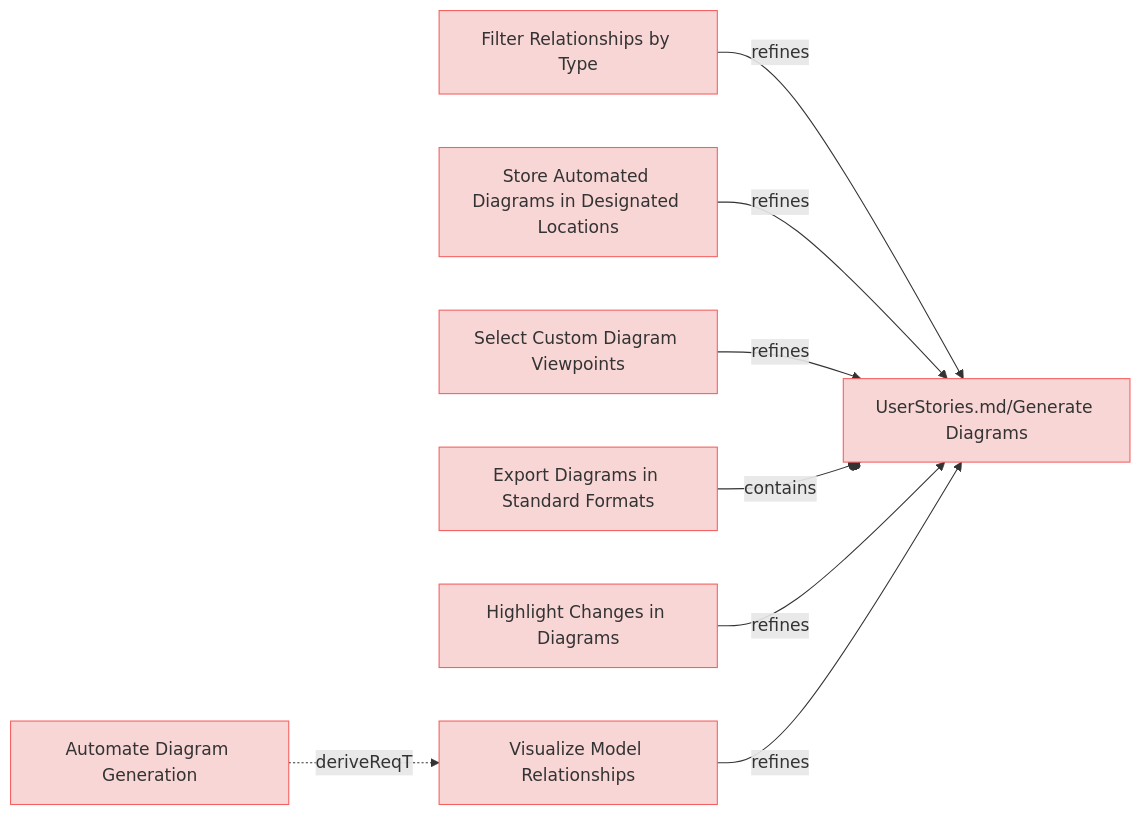
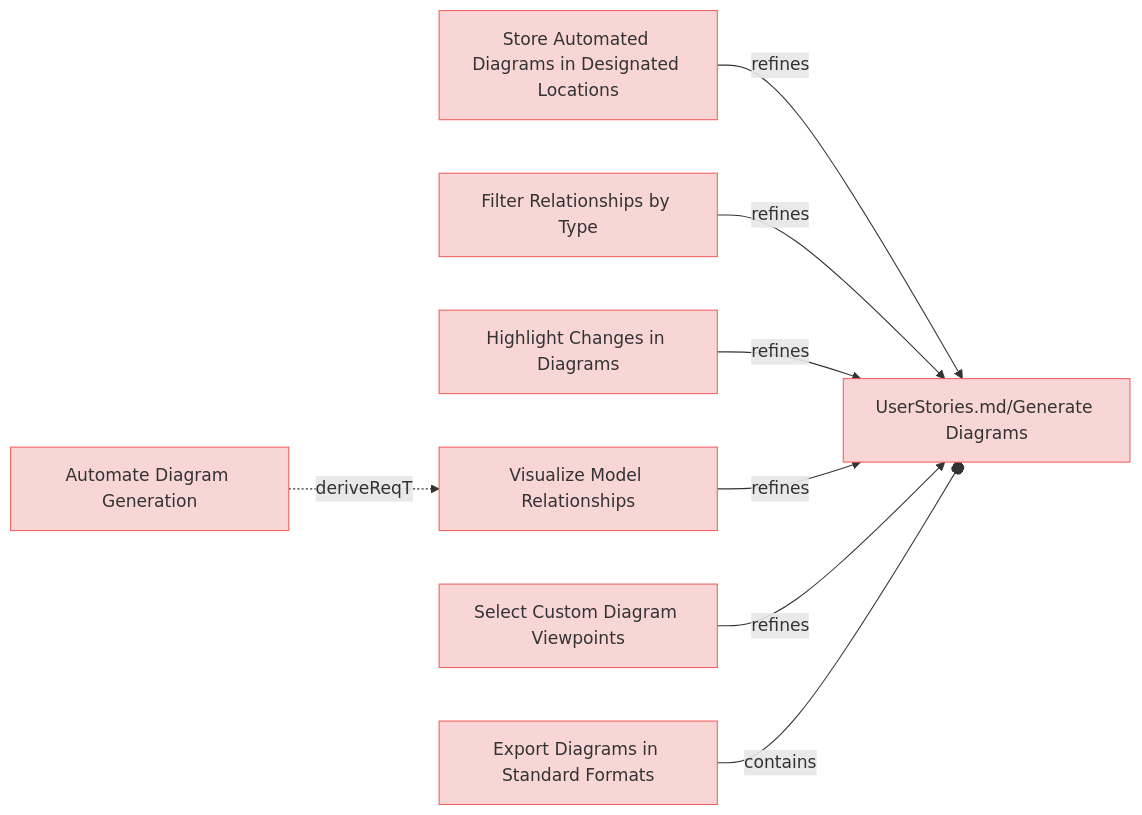
Before and after one commit to reqvire-org/reqvire: the first of 9 diagrams in specifications/UserRequirements.md, drawn with Mermaid. The commit also changed other lines of this file and 160 other files, not shown here.

````diff
--- a/specifications/UserRequirements.md
+++ b/specifications/UserRequirements.md
@@ -4,40 +4,40 @@
 ```mermaid
 graph LR;
   %% Graph styling
   classDef requirement fill:#f9d6d6,stroke:#f55f5f,stroke-width:1px;
   classDef verification fill:#d6f9d6,stroke:#5fd75f,stroke-width:1px;
   classDef externalLink fill:#d0e0ff,stroke:#3080ff,stroke-width:1px;
   classDef default fill:#f5f5f5,stroke:#333333,stroke-width:1px;
 
-  64be2a98bd80a653["Automate Diagram Generation"];
-  click 64be2a98bd80a653 "https://github.com/ilijaljubicic/ReqFlow/blob/73d5ae1d93adea71fdf4cc508be4d1ae09be068f/specifications/UserRequirements.md#automate-diagram-generation";
-  class 64be2a98bd80a653 requirement;
-  37611ee8059e0f03["Visualize Model Relationships"];
-  class 37611ee8059e0f03 requirement;
-  click 37611ee8059e0f03 "https://github.com/ilijaljubicic/ReqFlow/blob/73d5ae1d93adea71fdf4cc508be4d1ae09be068f/specifications/UserRequirements.md#visualize-model-relationships";
-  64be2a98bd80a653 -.->|deriveReqT| 37611ee8059e0f03;
-  aaa09eb94d160979["Filter Relationships by Type"];
-  click aaa09eb94d160979 "https://github.com/ilijaljubicic/ReqFlow/blob/73d5ae1d93adea71fdf4cc508be4d1ae09be068f/specifications/UserRequirements.md#filter-relationships-by-type";
-  class aaa09eb94d160979 requirement;
-  3ca57dc5dc6a2dae["UserStories.md/Generate Diagrams"];
-  class 3ca57dc5dc6a2dae requirement;
-  click 3ca57dc5dc6a2dae "https://github.com/ilijaljubicic/ReqFlow/blob/73d5ae1d93adea71fdf4cc508be4d1ae09be068f/specifications/UserStories.md#generate-diagrams";
-  aaa09eb94d160979 -->|refines| 3ca57dc5dc6a2dae;
-  e5f8f9f127a22da["Store Automated Diagrams in Designated Locations"];
-  click e5f8f9f127a22da "https://github.com/ilijaljubicic/ReqFlow/blob/73d5ae1d93adea71fdf4cc508be4d1ae09be068f/specifications/UserRequirements.md#store-automated-diagrams-in-designated-locations";
-  class e5f8f9f127a22da requirement;
-  e5f8f9f127a22da -->|refines| 3ca57dc5dc6a2dae;
-  a5bfec80a94dcd8b["Select Custom Diagram Viewpoints"];
-  click a5bfec80a94dcd8b "https://github.com/ilijaljubicic/ReqFlow/blob/73d5ae1d93adea71fdf4cc508be4d1ae09be068f/specifications/UserRequirements.md#select-custom-diagram-viewpoints";
-  class a5bfec80a94dcd8b requirement;
-  a5bfec80a94dcd8b -->|refines| 3ca57dc5dc6a2dae;
-  3e72f83cabd0bad8["Export Diagrams in Standard Formats"];
-  click 3e72f83cabd0bad8 "https://github.com/ilijaljubicic/ReqFlow/blob/73d5ae1d93adea71fdf4cc508be4d1ae09be068f/specifications/UserRequirements.md#export-diagrams-in-standard-formats";
-  class 3e72f83cabd0bad8 requirement;
-  3e72f83cabd0bad8 --o|contains| 3ca57dc5dc6a2dae;
-  d3a1b6b68298a744["Highlight Changes in Diagrams"];
-  click d3a1b6b68298a744 "https://github.com/ilijaljubicic/ReqFlow/blob/73d5ae1d93adea71fdf4cc508be4d1ae09be068f/specifications/UserRequirements.md#highlight-changes-in-diagrams";
-  class d3a1b6b68298a744 requirement;
-  d3a1b6b68298a744 -->|refines| 3ca57dc5dc6a2dae;
-  37611ee8059e0f03 -->|refines| 3ca57dc5dc6a2dae;
+  9276544d5ee17790["Store Automated Diagrams in Designated Locations"];
+  click 9276544d5ee17790 "https://github.com/ilijaljubicic/Reqvire/blob/8a68ca1eab81bac7964085e47777a0a92447c6a5/specifications/UserRequirements.md#store-automated-diagrams-in-designated-locations";
+  class 9276544d5ee17790 requirement;
+  ab3c35050243abb3["UserStories.md/Generate Diagrams"];
+  class ab3c35050243abb3 requirement;
+  click ab3c35050243abb3 "https://github.com/ilijaljubicic/Reqvire/blob/8a68ca1eab81bac7964085e47777a0a92447c6a5/specifications/UserStories.md#generate-diagrams";
+  9276544d5ee17790 -->|refines| ab3c35050243abb3;
+  f3450185979ff229["Filter Relationships by Type"];
+  click f3450185979ff229 "https://github.com/ilijaljubicic/Reqvire/blob/8a68ca1eab81bac7964085e47777a0a92447c6a5/specifications/UserRequirements.md#filter-relationships-by-type";
+  class f3450185979ff229 requirement;
+  f3450185979ff229 -->|refines| ab3c35050243abb3;
+  efa8bb8c8484bb40["Highlight Changes in Diagrams"];
+  click efa8bb8c8484bb40 "https://github.com/ilijaljubicic/Reqvire/blob/8a68ca1eab81bac7964085e47777a0a92447c6a5/specifications/UserRequirements.md#highlight-changes-in-diagrams";
+  class efa8bb8c8484bb40 requirement;
+  efa8bb8c8484bb40 -->|refines| ab3c35050243abb3;
+  4d4dad9ce307fade["Automate Diagram Generation"];
+  click 4d4dad9ce307fade "https://github.com/ilijaljubicic/Reqvire/blob/8a68ca1eab81bac7964085e47777a0a92447c6a5/specifications/UserRequirements.md#automate-diagram-generation";
+  class 4d4dad9ce307fade requirement;
+  e98d18ae3a41815a["Visualize Model Relationships"];
+  class e98d18ae3a41815a requirement;
+  click e98d18ae3a41815a "https://github.com/ilijaljubicic/Reqvire/blob/8a68ca1eab81bac7964085e47777a0a92447c6a5/specifications/UserRequirements.md#visualize-model-relationships";
+  4d4dad9ce307fade -.->|deriveReqT| e98d18ae3a41815a;
+  e98d18ae3a41815a -->|refines| ab3c35050243abb3;
+  979760c5530f9260["Select Custom Diagram Viewpoints"];
+  click 979760c5530f9260 "https://github.com/ilijaljubicic/Reqvire/blob/8a68ca1eab81bac7964085e47777a0a92447c6a5/specifications/UserRequirements.md#select-custom-diagram-viewpoints";
+  class 979760c5530f9260 requirement;
+  979760c5530f9260 -->|refines| ab3c35050243abb3;
+  ff7932724ee600f1["Export Diagrams in Standard Formats"];
+  click ff7932724ee600f1 "https://github.com/ilijaljubicic/Reqvire/blob/8a68ca1eab81bac7964085e47777a0a92447c6a5/specifications/UserRequirements.md#export-diagrams-in-standard-formats";
+  class ff7932724ee600f1 requirement;
+  ff7932724ee600f1 --o|contains| ab3c35050243abb3;
 ```
````
